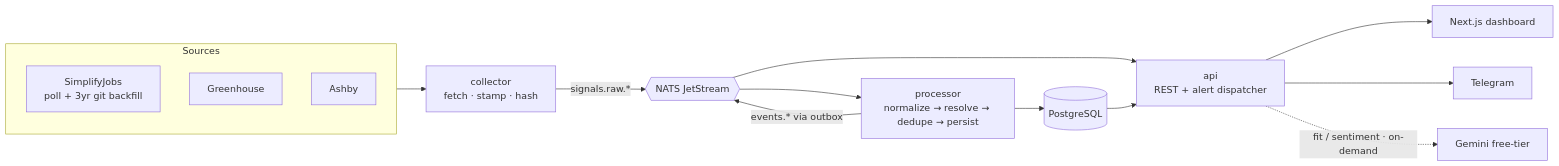
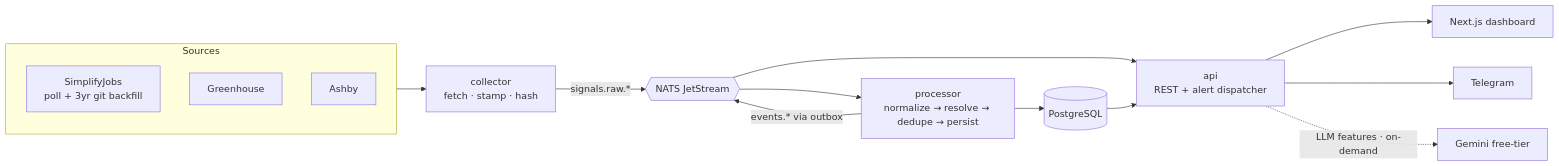
One commit to Mekski/ReqRadar changed the diagram in README.md. Above: the diagram before and after it, drawn with Mermaid. The commit also changed other lines of this file, not shown here.

First line of the commit message:
docs(readme): correct watchlist framing + bring features up to date

````diff
--- a/README.md
+++ b/README.md
@@ -63,20 +63,20 @@
 ```mermaid
 flowchart LR
     subgraph src [Sources]
       direction TB
       A1[SimplifyJobs<br/>poll + 3yr git backfill]
       A2[Greenhouse]
       A3[Ashby]
     end
 
     src --> COL[collector<br/>fetch · stamp · hash]
     COL -->|signals.raw.*| NATS{{NATS JetStream}}
     NATS --> PROC[processor<br/>normalize → resolve → dedupe → persist]
     PROC --> PG[(PostgreSQL)]
     PROC -->|events.* via outbox| NATS
     NATS --> API[api<br/>REST + alert dispatcher]
     PG --> API
     API --> WEB[Next.js dashboard]
     API --> TG[Telegram]
-    API -.->|fit / sentiment · on-demand| GEM[Gemini free-tier]
+    API -.->|LLM features · on-demand| GEM[Gemini free-tier]
 ```
````
